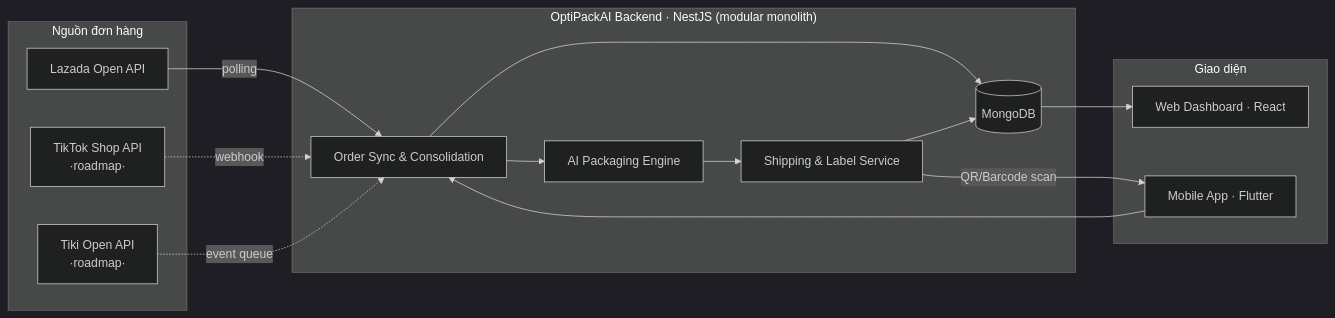
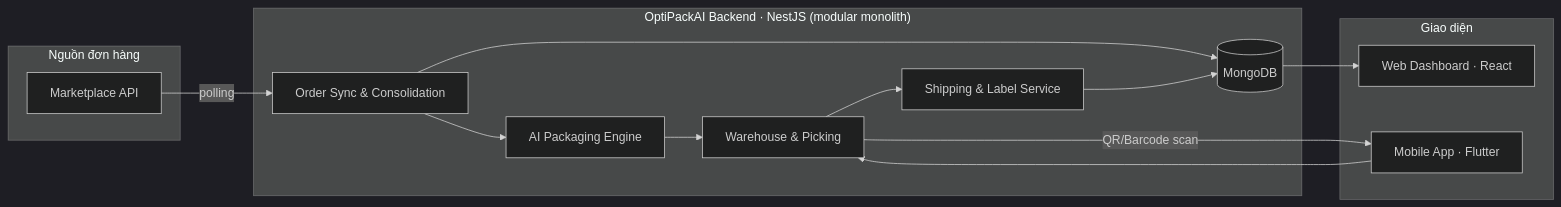
The diagram in README.md (ThuaanNguyeen111/OptiPackAI), drawn with Mermaid (dark theme) before and after one commit. The commit also changed other lines of this file and 1 other file, not shown here.

````diff
--- a/README.md
+++ b/README.md
@@ -139,31 +148,29 @@
 ```mermaid
 flowchart LR
     subgraph Sources["Nguồn đơn hàng"]
-        A[Lazada Open API]
-        B[TikTok Shop API<br/>·roadmap·]
-        I[Tiki Open API<br/>·roadmap·]
+        A[Marketplace API]
     end
 
     subgraph Core["OptiPackAI Backend · NestJS (modular monolith)"]
         C[Order Sync & Consolidation]
         D[AI Packaging Engine]
+        W[Warehouse & Picking]
         E[Shipping & Label Service]
         F[(MongoDB)]
     end
 
     subgraph Clients["Giao diện"]
         G[Web Dashboard · React]
         H[Mobile App · Flutter]
     end
 
     A -- polling --> C
-    B -. webhook .-> C
-    I -. event queue .-> C
     C --> F
     C --> D
-    D --> E
+    D --> W
+    W --> E
     E --> F
     F --> G
-    E -- QR/Barcode scan --> H
-    H --> C
+    W -- QR/Barcode scan --> H
+    H --> W
 ```
````
